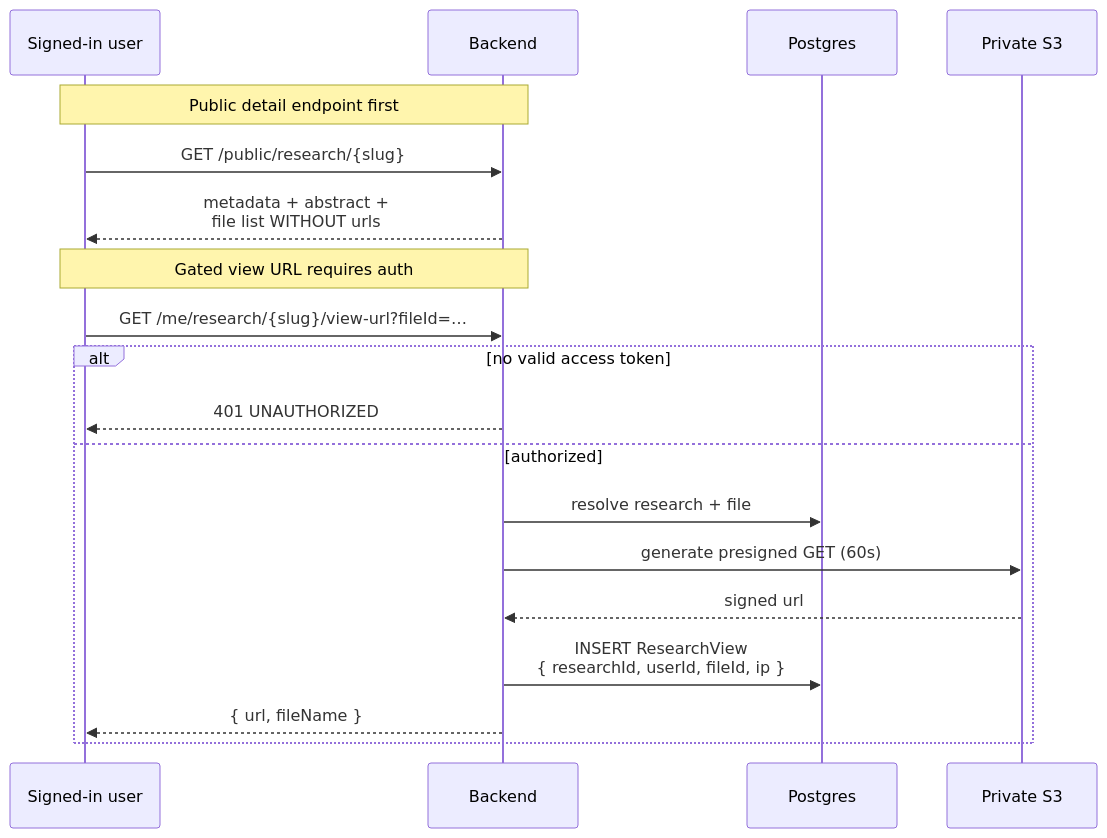
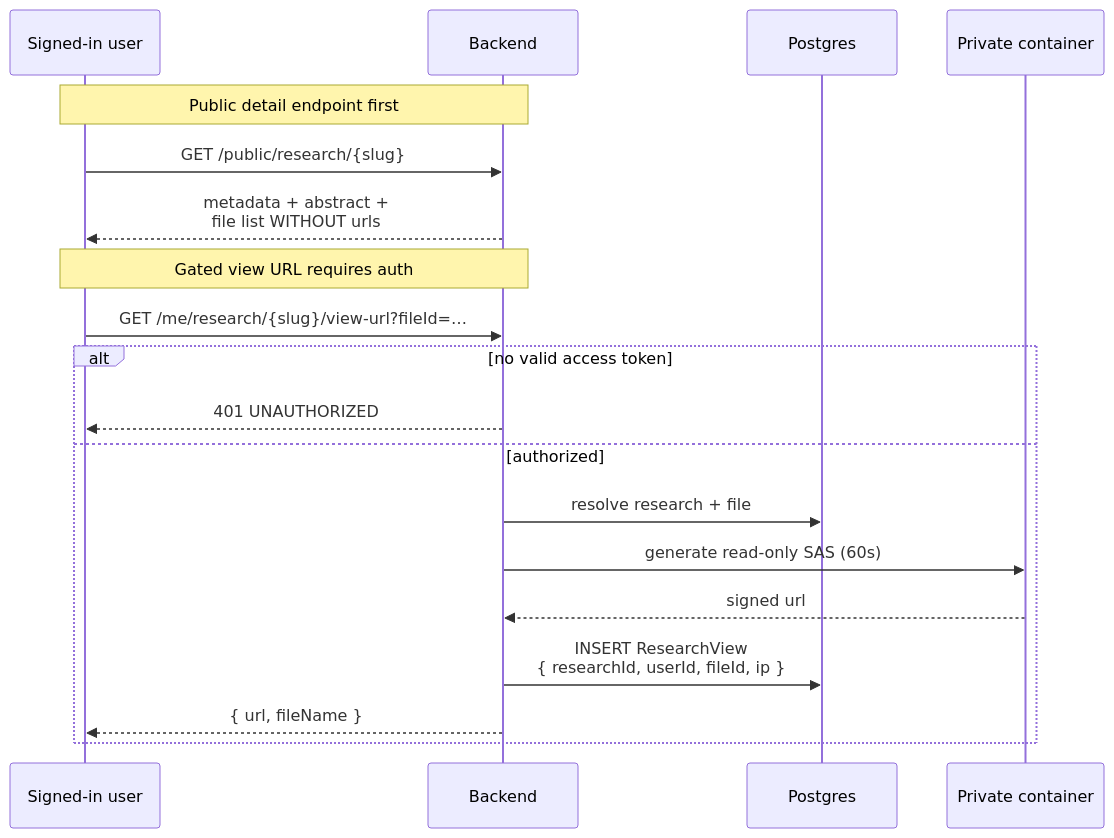
Diagram 11 of 17 in ARCHITECTURE.md (mahavi-official/NikunjaWebBackend), drawn with Mermaid before and after one commit. The commit also changed other lines of this file and 23 other files, not shown here.

````diff
--- a/ARCHITECTURE.md
+++ b/ARCHITECTURE.md
@@ -543,23 +543,23 @@
 ```mermaid
 sequenceDiagram
     participant U as Signed-in user
     participant API as Backend
     participant DB as Postgres
-    participant S3 as Private S3
+    participant BLOB as Private container
 
     Note over U,API: Public detail endpoint first
     U->>API: GET /public/research/{slug}
     API-->>U: metadata + abstract +<br/>file list WITHOUT urls
 
     Note over U,API: Gated view URL requires auth
     U->>API: GET /me/research/{slug}/view-url?fileId=…
     alt no valid access token
         API-->>U: 401 UNAUTHORIZED
     else authorized
         API->>DB: resolve research + file
-        API->>S3: generate presigned GET (60s)
-        S3-->>API: signed url
+        API->>BLOB: generate read-only SAS (60s)
+        BLOB-->>API: signed url
         API->>DB: INSERT ResearchView<br/>{ researchId, userId, fileId, ip }
         API-->>U: { url, fileName }
     end
 ```
````
